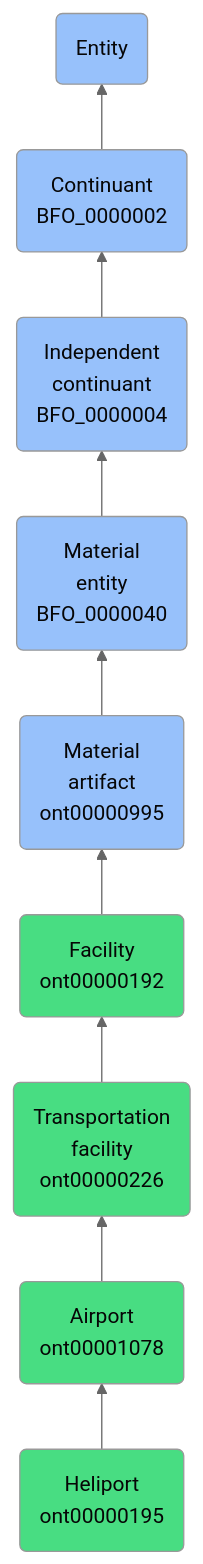
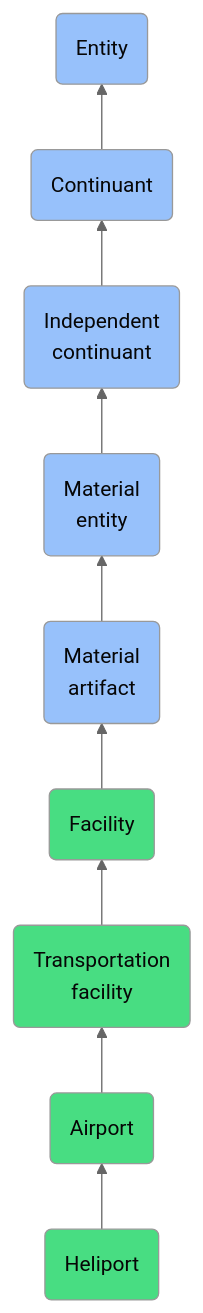
One commit to jupyter-naas/abi changed the diagram in docs/ontology/reference/model/Entity/Continuant/Independent continuant/Material entity/Material artifact/Facility/Transportation facility/Airport/Heliport/Heliport.md. Above: the diagram before and after it, drawn with Mermaid (neutral theme). The commit also changed other lines of this file and 1430 other files, not shown here.

````diff
--- a/docs/ontology/reference/model/Entity/Continuant/Independent continuant/Material entity/Material artifact/Facility/Transportation facility/Airport/Heliport/Heliport.md
+++ b/docs/ontology/reference/model/Entity/Continuant/Independent continuant/Material entity/Material artifact/Facility/Transportation facility/Airport/Heliport/Heliport.md
@@ -24,16 +24,16 @@
 ```mermaid
 graph BT
-    ont00000195(Heliport<br>ont00000195):::ABI-->ont00001078
-    ont00001078(Airport<br>ont00001078):::ABI-->ont00000226
-    ont00000226(Transportation<br>facility<br>ont00000226):::ABI-->ont00000192
-    ont00000192(Facility<br>ont00000192):::ABI-->ont00000995
-    ont00000995(Material<br>artifact<br>ont00000995):::BFO-->BFO_0000040
-    BFO_0000040(Material<br>entity<br>BFO_0000040):::BFO-->BFO_0000004
-    BFO_0000004(Independent<br>continuant<br>BFO_0000004):::BFO-->BFO_0000002
-    BFO_0000002(Continuant<br>BFO_0000002):::BFO-->BFO_0000001
+    ont00000195(Heliport):::ABI-->ont00001078
+    ont00001078(Airport):::ABI-->ont00000226
+    ont00000226(Transportation<br>facility):::ABI-->ont00000192
+    ont00000192(Facility):::ABI-->ont00000995
+    ont00000995(Material<br>artifact):::BFO-->BFO_0000040
+    BFO_0000040(Material<br>entity):::BFO-->BFO_0000004
+    BFO_0000004(Independent<br>continuant):::BFO-->BFO_0000002
+    BFO_0000002(Continuant):::BFO-->BFO_0000001
     BFO_0000001(Entity):::BFO
     
     classDef BFO fill:#97c1fb,color:#060606
     classDef CCO fill:#e4c51e,color:#060606
     classDef ABI fill:#48DD82,color:#060606
 ```
````
